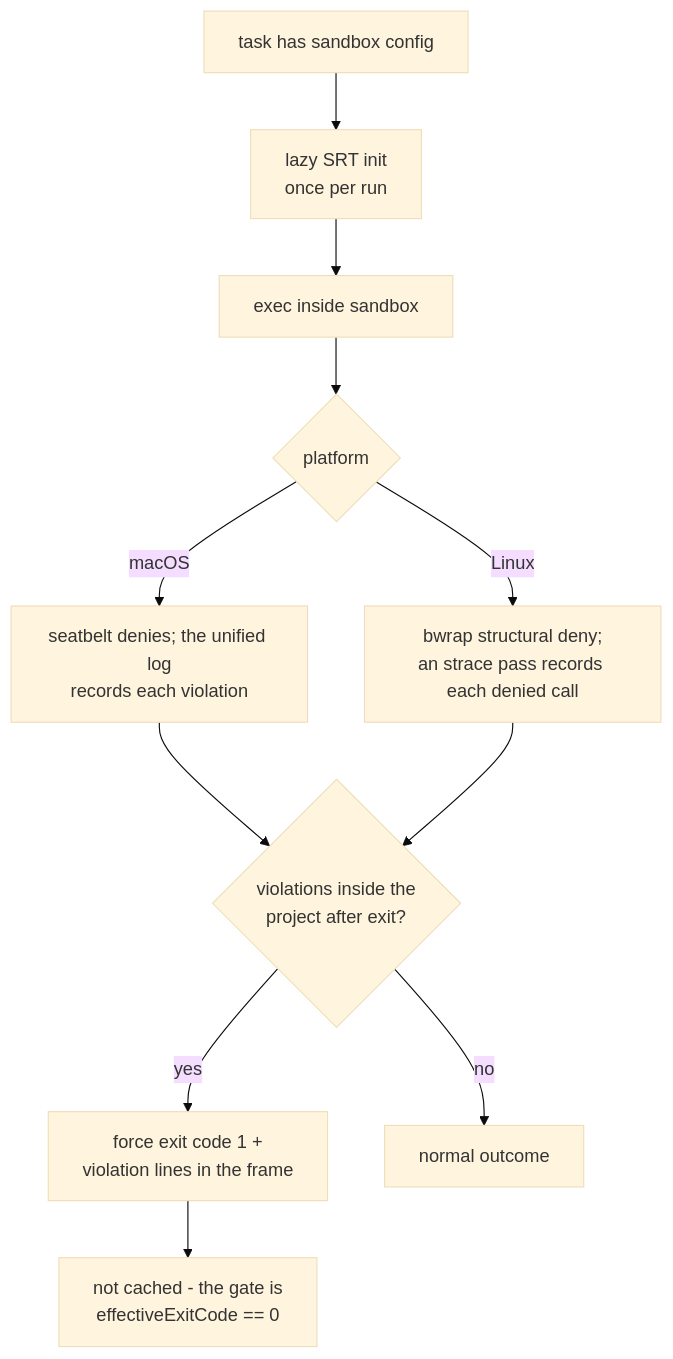
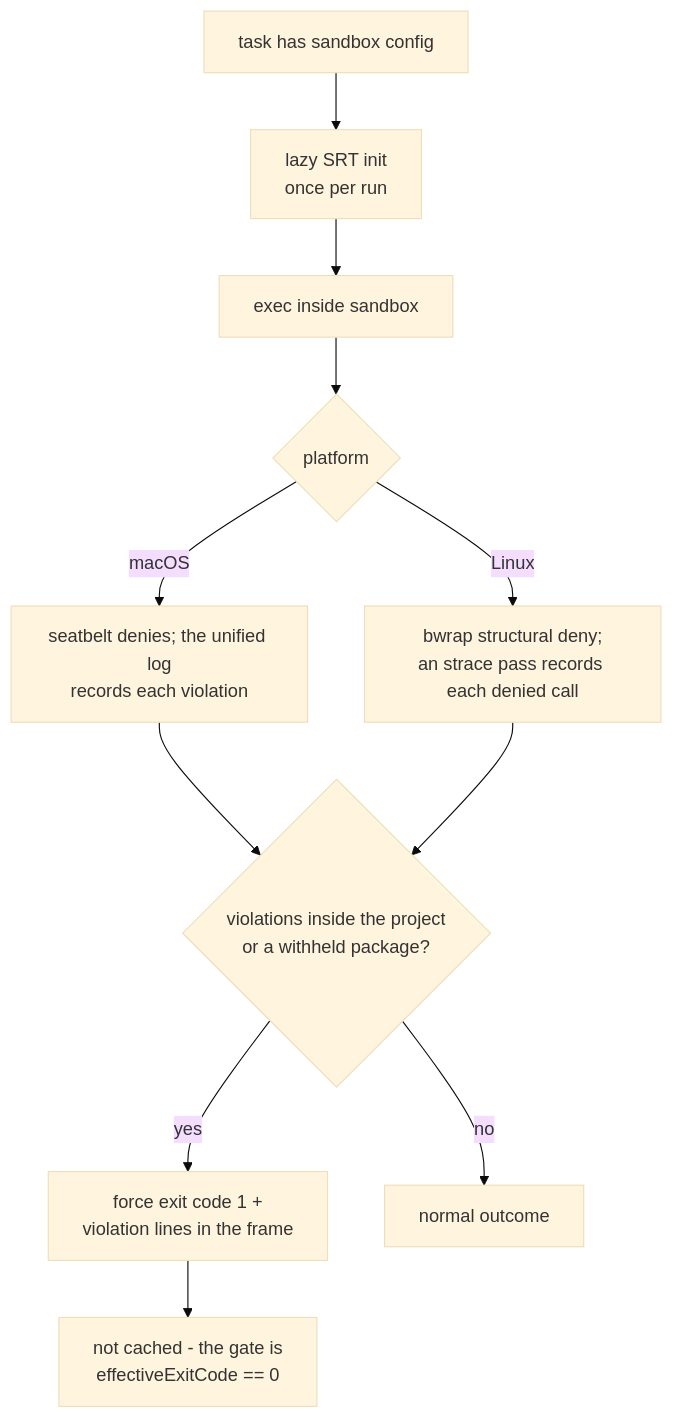
One commit to vznjs/vx changed the eighth of 10 diagrams in packages/vx/docs/flows.md. Above: the diagram before and after it, drawn with Mermaid (base theme). The commit also changed other lines of this file and 35 other files, not shown here.

````diff
--- a/packages/vx/docs/flows.md
+++ b/packages/vx/docs/flows.md
@@ -222,13 +224,13 @@
 ```mermaid
 flowchart TD
     A[task has sandbox config] --> B[lazy SRT init<br/>once per run]
     B --> C[exec inside sandbox]
     C --> D{platform}
     D -->|macOS| E[seatbelt denies; the unified log<br/>records each violation]
     D -->|Linux| F[bwrap structural deny;<br/>an strace pass records each denied call]
-    E --> G{violations inside the<br/>project after exit?}
+    E --> G{violations inside the project<br/>or a withheld package?}
     F --> G
     G -->|yes| H[force exit code 1 +<br/>violation lines in the frame]
     G -->|no| I[normal outcome]
     H --> J[not cached - the gate is<br/>effectiveExitCode == 0]
 ```
````
